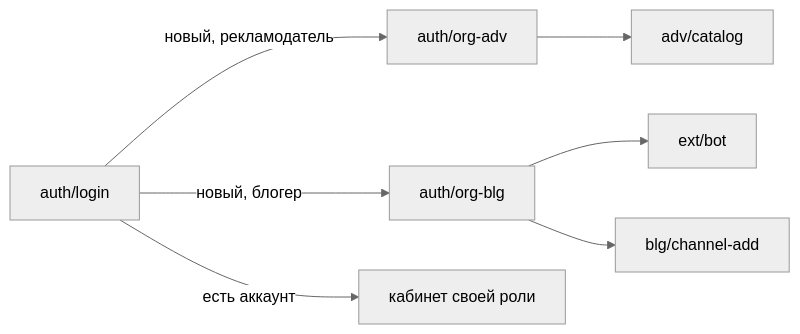
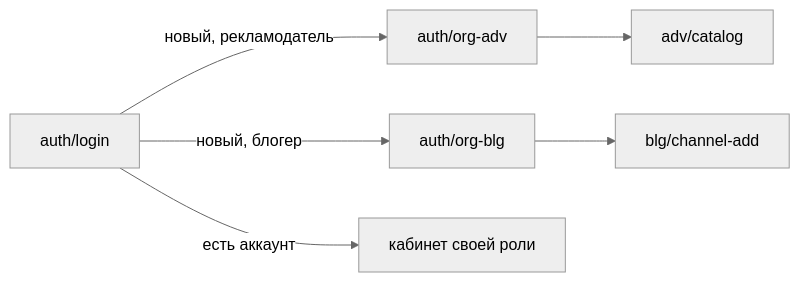
The first of 4 diagrams in docs/08-screens.md (leha-creator/maxim), drawn with Mermaid (neutral theme) before and after one commit. The commit also changed other lines of this file and 12 other files, not shown here.

````diff
--- a/docs/08-screens.md
+++ b/docs/08-screens.md
@@ -80,9 +80,8 @@
 ```mermaid
 flowchart LR
     login[auth/login] -->|новый, рекламодатель| org_adv[auth/org-adv]
     login -->|новый, блогер| org_blg[auth/org-blg]
     login -->|есть аккаунт| cabinet[кабинет своей роли]
     org_adv --> catalog[adv/catalog]
-    org_blg --> bot[ext/bot]
     org_blg --> channel_add[blg/channel-add]
 ```
````
